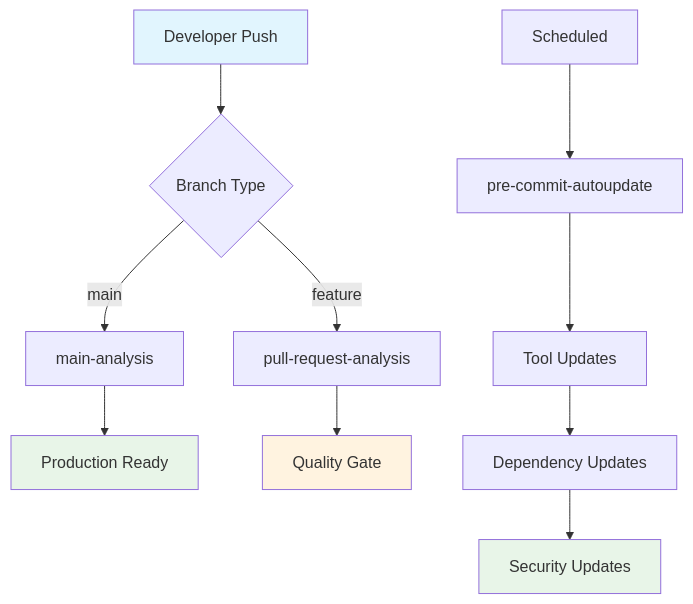
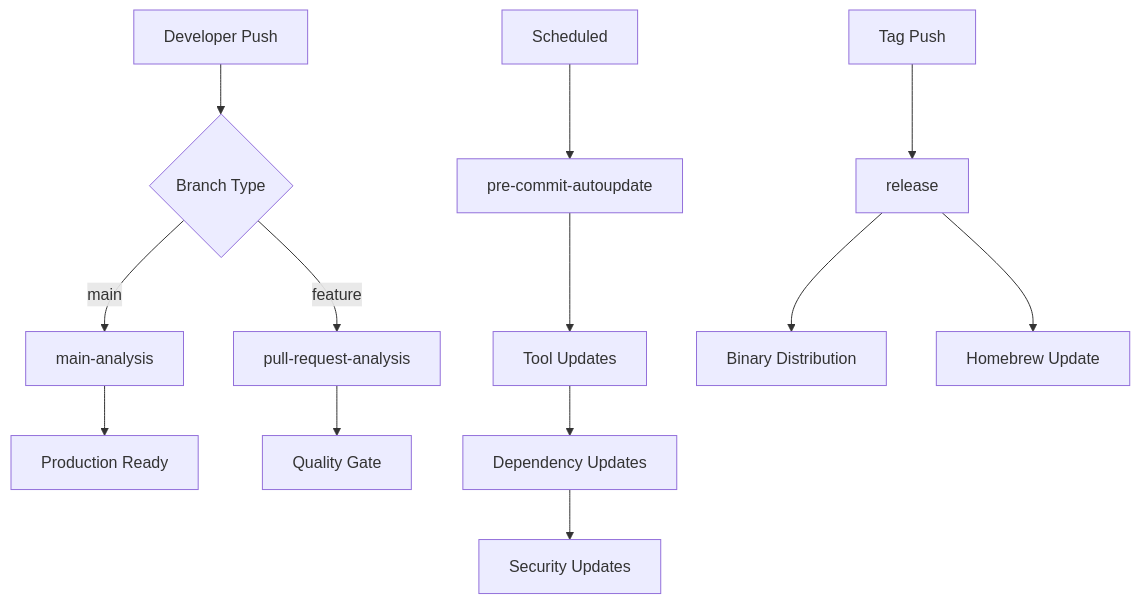
The first of 6 diagrams in Docs/CI/README.md (ericodx/swift-structure), drawn with Mermaid before and after one commit. The commit also changed other lines of this file, not shown here.

Commit message:
docs: update CI README with release workflow integration

````diff
--- a/Docs/CI/README.md
+++ b/Docs/CI/README.md
@@ -66,19 +82,18 @@
 ```mermaid
 flowchart TD
     A[Developer Push] --> B{Branch Type}
     B -->|main| C[main-analysis]
     B -->|feature| D[pull-request-analysis]
     
     C --> E[Production Ready]
     D --> F[Quality Gate]
     
     G[Scheduled] --> H[pre-commit-autoupdate]
     H --> I[Tool Updates]
     I --> J[Dependency Updates]
     J --> K[Security Updates]
     
-    style A fill:#e1f5fe
-    style E fill:#e8f5e8
-    style F fill:#fff3e0
-    style K fill:#e8f5e8
+    L[Tag Push] --> M[release]
+    M --> N[Binary Distribution]
+    M --> O[Homebrew Update]
 ```
````
